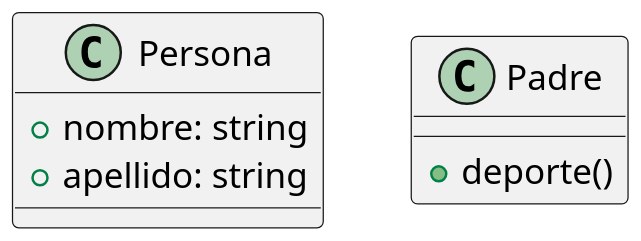
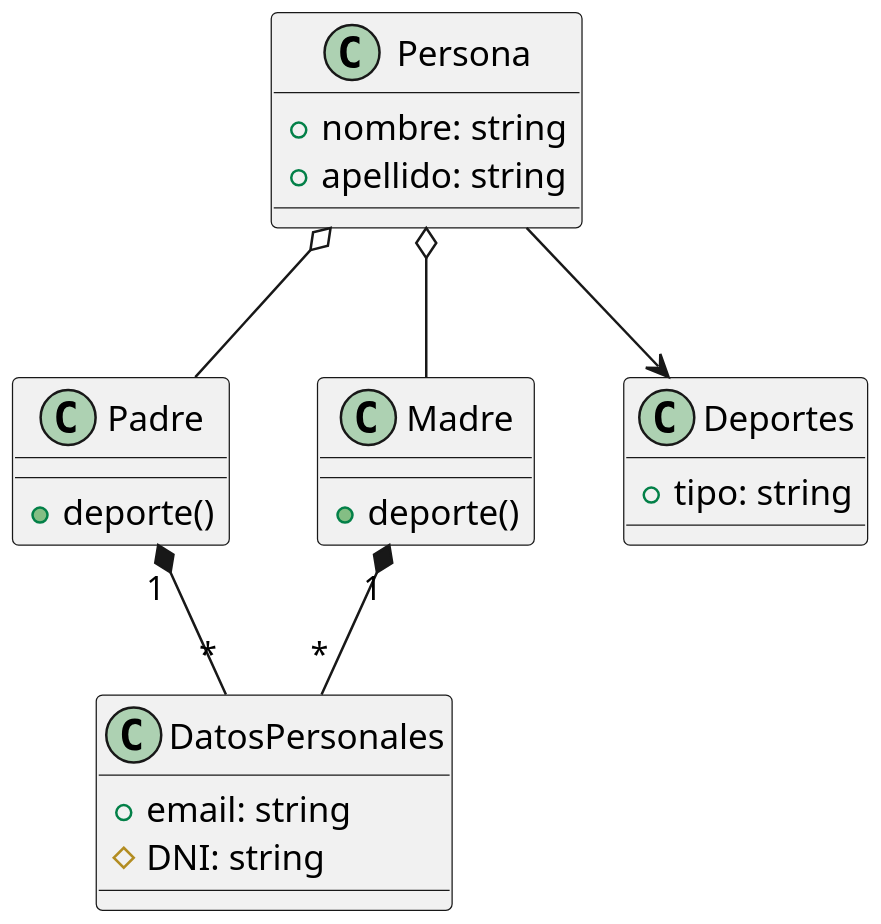
One commit to ucjc-damp-2020/python-UML changed the diagram in doc/doc.wsd. Above: the diagram before and after it, drawn with PlantUML.

Commit message:
commit new endcalss

```diff
--- a/doc/doc.wsd
+++ b/doc/doc.wsd
@@ -1,10 +1,26 @@
 @startuml
 scale 2
 class Persona {
     + nombre: string
     + apellido: string
 }
 class Padre {
     + deporte()
 }
+class Madre {
+    + deporte()
+}
+class DatosPersonales {
+    + email: string
+    # DNI: string
+}
+class Deportes {
+    + tipo: string
+}
+
+Persona o-- Padre
+Persona o-- Madre
+Padre "1" *-- "*" DatosPersonales
+Madre "1" *-- "*" DatosPersonales
+Persona --> Deportes
 @enduml
```
